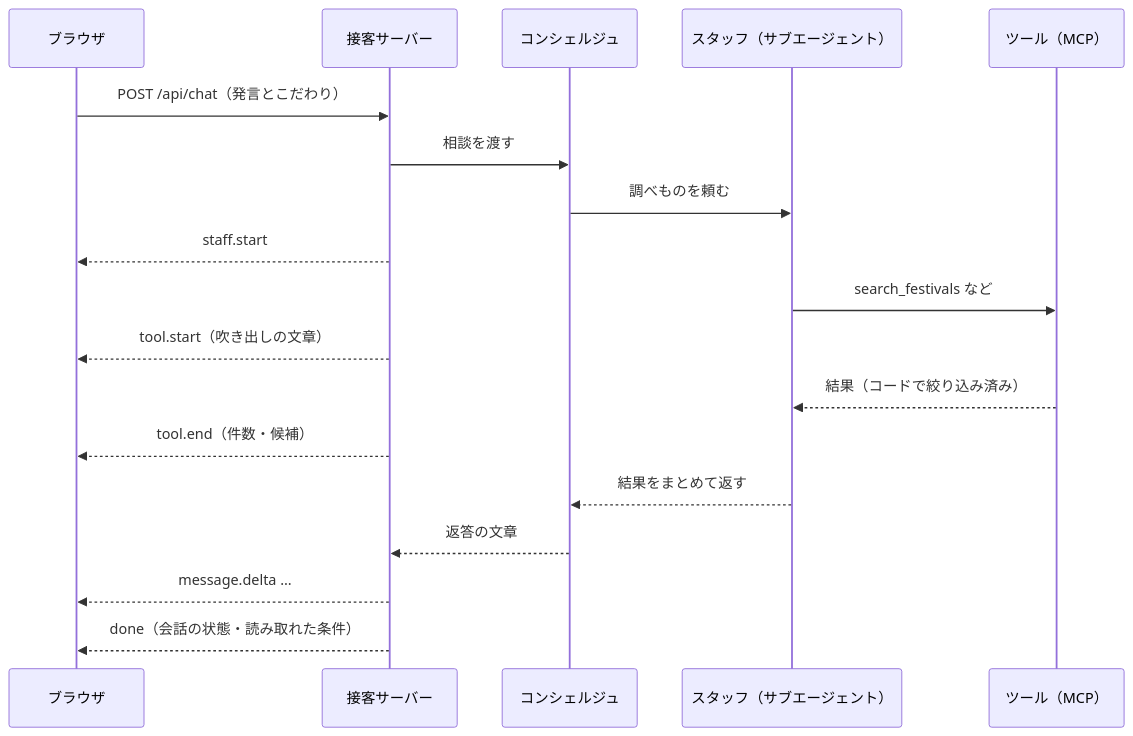
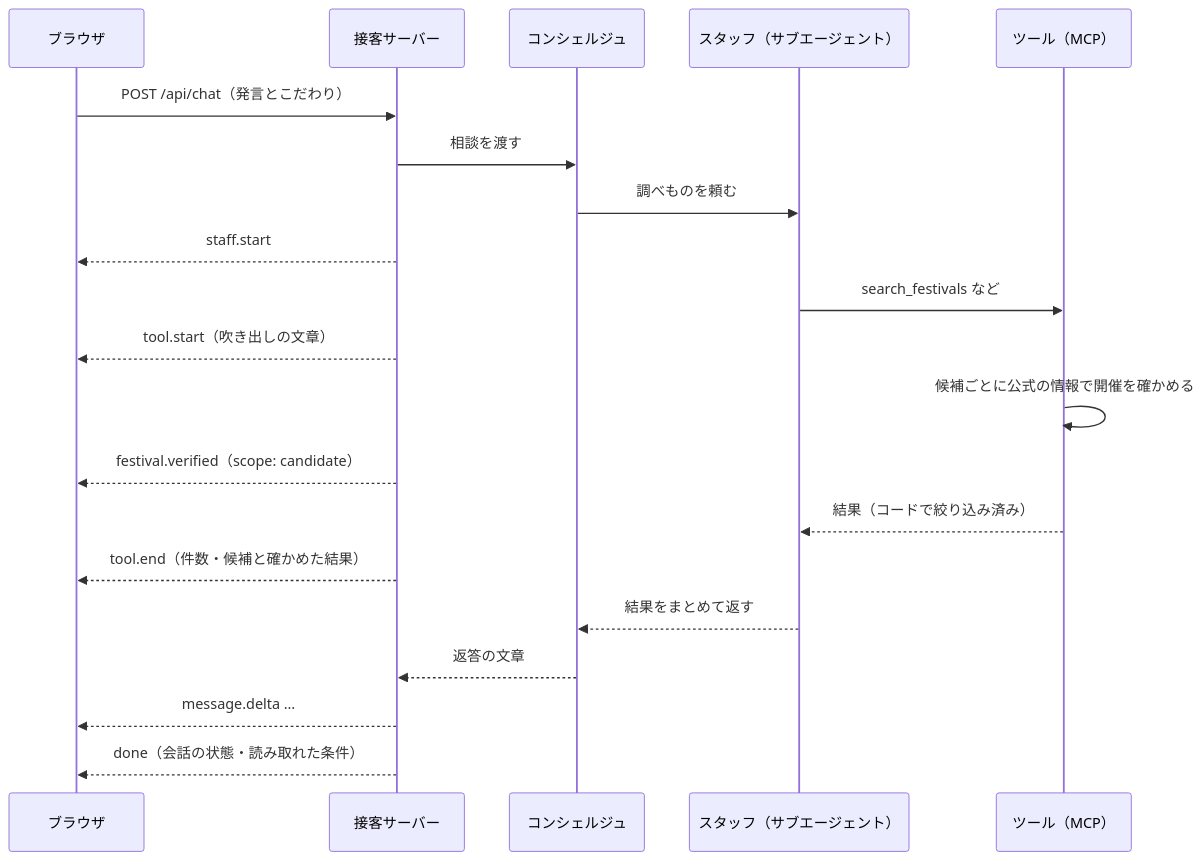
The second of 2 diagrams in docs/architecture.md (kdoai/matsuri-ikoka), drawn with Mermaid before and after one commit. The commit also changed other lines of this file and 12 other files, not shown here.

````diff
--- a/docs/architecture.md
+++ b/docs/architecture.md
@@ -57,20 +60,22 @@
 ```mermaid
 sequenceDiagram
   participant B as ブラウザ
   participant S as 接客サーバー
   participant C as コンシェルジュ
   participant St as スタッフ（サブエージェント）
   participant T as ツール（MCP）
   B->>S: POST /api/chat（発言とこだわり）
   S->>C: 相談を渡す
   C->>St: 調べものを頼む
   S-->>B: staff.start
   St->>T: search_festivals など
   S-->>B: tool.start（吹き出しの文章）
+  T->>T: 候補ごとに公式の情報で開催を確かめる
+  S-->>B: festival.verified（scope: candidate）
   T-->>St: 結果（コードで絞り込み済み）
-  S-->>B: tool.end（件数・候補）
+  S-->>B: tool.end（件数・候補と確かめた結果）
   St-->>C: 結果をまとめて返す
   C-->>S: 返答の文章
   S-->>B: message.delta …
   S-->>B: done（会話の状態・読み取れた条件）
 ```
````
